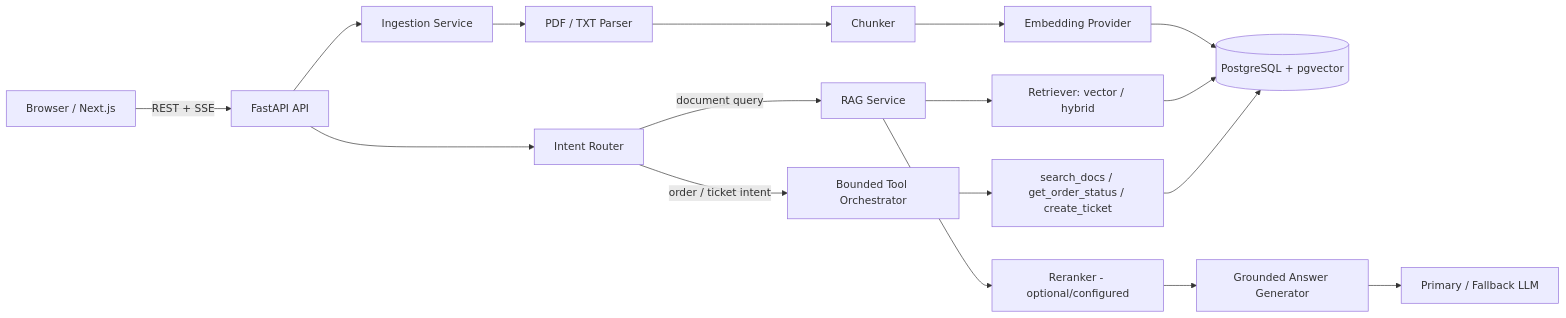
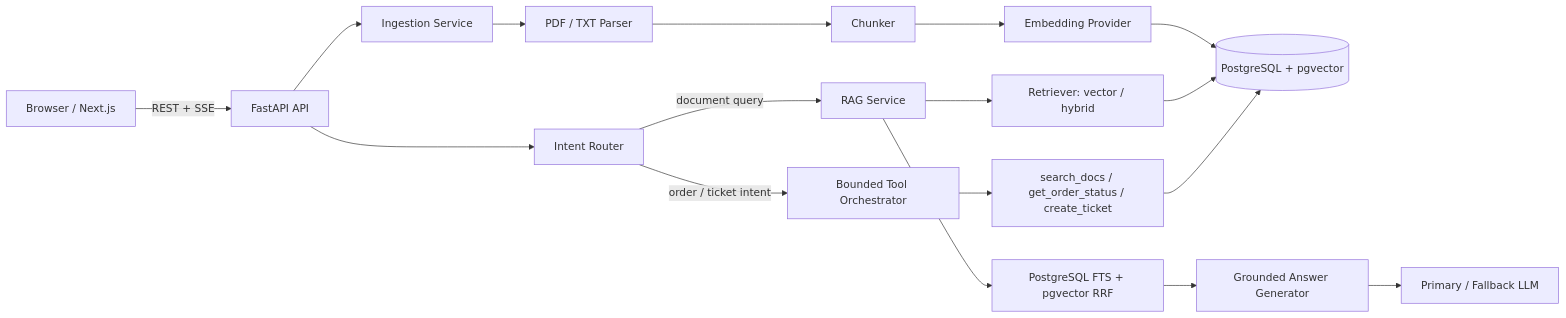
The diagram in docs/architecture/ARCHITECTURE.md (niranjansah87/DocuMind), drawn with Mermaid before and after one commit. The commit also changed other lines of this file and 19 other files, not shown here.

````diff
--- a/docs/architecture/ARCHITECTURE.md
+++ b/docs/architecture/ARCHITECTURE.md
@@ -12,19 +12,19 @@
 ``` mermaid
 flowchart LR
   U[Browser / Next.js] -->|REST + SSE| API[FastAPI API]
   API --> ROUTER[Intent Router]
   API --> ING[Ingestion Service]
   ING --> PARSE[PDF / TXT Parser]
   PARSE --> CHUNK[Chunker]
   CHUNK --> EMB[Embedding Provider]
   EMB --> DB[(PostgreSQL + pgvector)]
   ROUTER -->|document query| RAG[RAG Service]
   RAG --> RET[Retriever: vector / hybrid]
   RET --> DB
-  RAG --> RERANK[Reranker - optional/configured]
-  RERANK --> GEN[Grounded Answer Generator]
+  RAG --> FUSE[PostgreSQL FTS + pgvector RRF]
+  FUSE --> GEN[Grounded Answer Generator]
   GEN --> LLM[Primary / Fallback LLM]
   ROUTER -->|order / ticket intent| AGENT[Bounded Tool Orchestrator]
   AGENT --> TOOLS[search_docs / get_order_status / create_ticket]
   TOOLS --> DB
 ```
````
